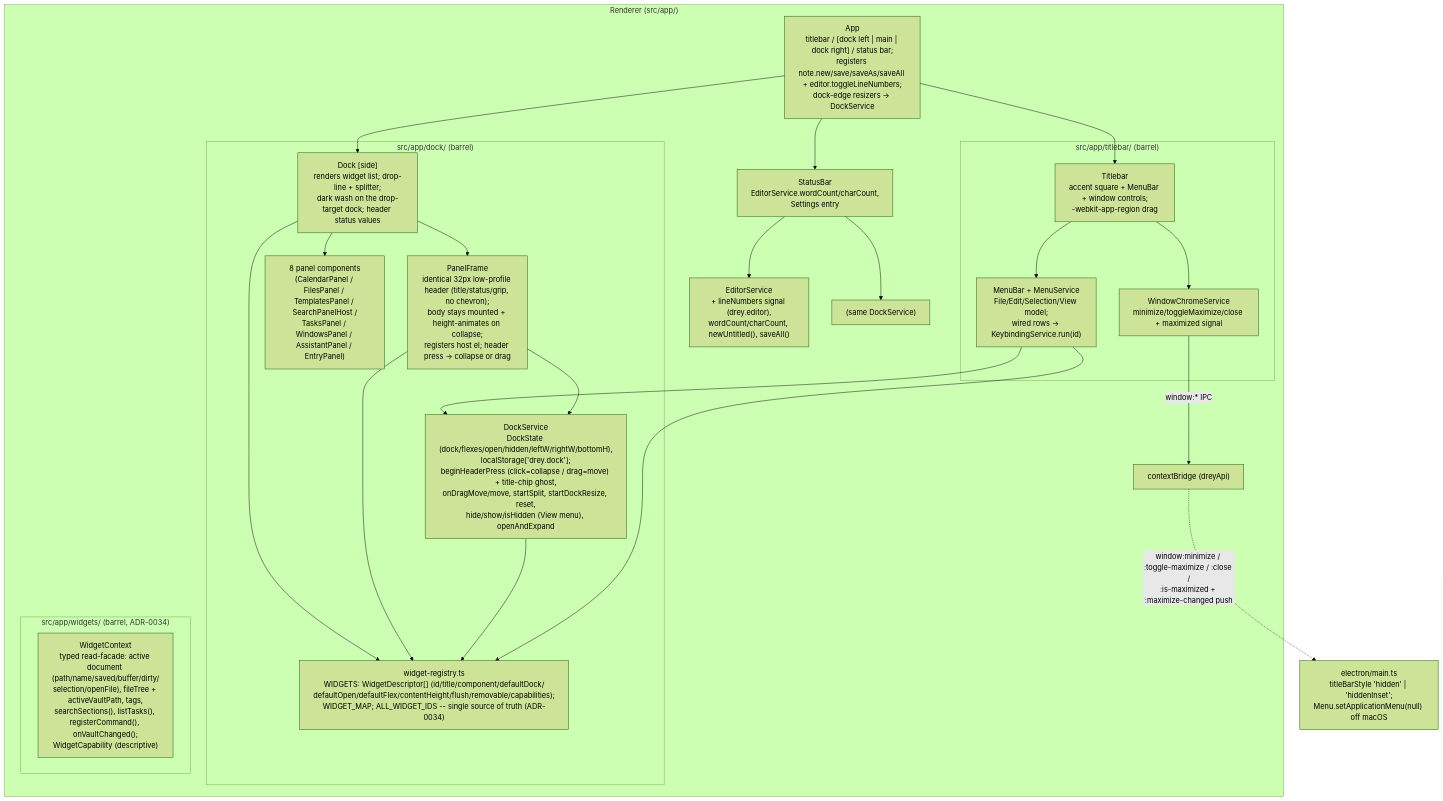
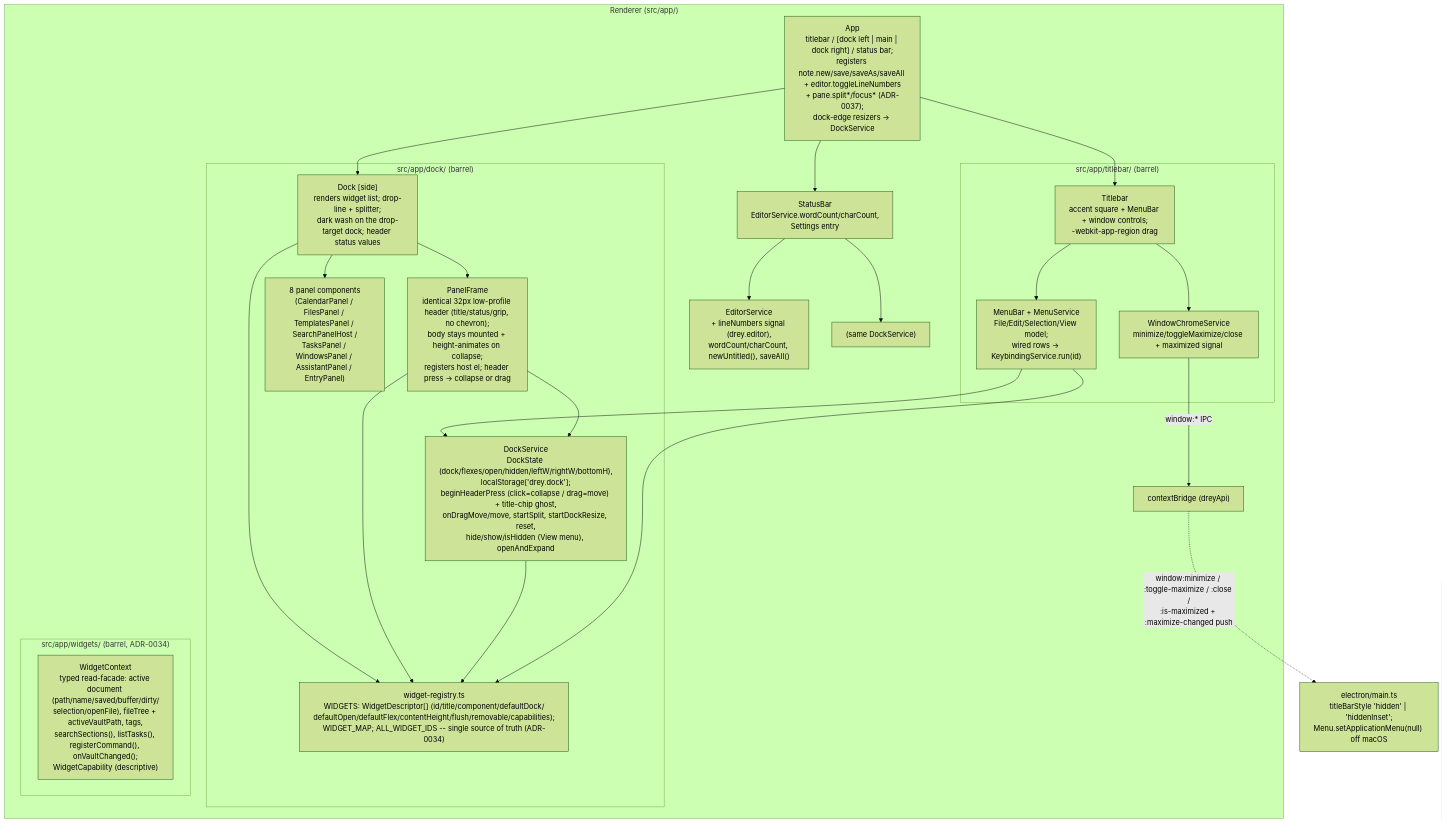
The third of 3 diagrams in docs/05_building_block_view.md (HenrikPuls/Drey), drawn with Mermaid (forest theme) before and after one commit. The commit also changed other lines of this file and 40 other files, not shown here.

First line of the commit message:
editor: split-view panes, code-file highlighting, gutter alignment, tasks sizing

````diff
--- a/docs/05_building_block_view.md
+++ b/docs/05_building_block_view.md
@@ -1326,42 +1369,42 @@
 ```mermaid
 graph TB
     subgraph Renderer["Renderer (src/app/)"]
-        App["App\ntitlebar / [dock left | main | dock right] / status bar;\nregisters note.new/save/saveAs/saveAll + editor.toggleLineNumbers;\ndock-edge resizers -> DockService"]
+        App["App\ntitlebar / [dock left | main | dock right] / status bar;\nregisters note.new/save/saveAs/saveAll + editor.toggleLineNumbers\n+ pane.split*/focus* (ADR-0037);\ndock-edge resizers -> DockService"]
         subgraph tb["src/app/titlebar/ (barrel)"]
             Titlebar["Titlebar\naccent square + MenuBar + window controls;\n-webkit-app-region drag"]
             MenuBar["MenuBar + MenuService\nFile/Edit/Selection/View model;\nwired rows -> KeybindingService.run(id)"]
             WindowChrome["WindowChromeService\nminimize/toggleMaximize/close + maximized signal"]
         end
         subgraph dk["src/app/dock/ (barrel)"]
             DockService["DockService\nDockState (dock/flexes/open/hidden/leftW/rightW/bottomH),\nlocalStorage['drey.dock'];\nbeginHeaderPress (click=collapse / drag=move) + title-chip ghost,\nonDragMove/move, startSplit, startDockResize, reset,\nhide/show/isHidden (View menu), openAndExpand"]
             Dock["Dock [side]\nrenders widget list; drop-line + splitter;\ndark wash on the drop-target dock; header status values"]
             PanelFrame["PanelFrame\nidentical 32px low-profile header (title/status/grip, no chevron);\nbody stays mounted + height-animates on collapse;\nregisters host el; header press -> collapse or drag"]
             WidgetRegistry["widget-registry.ts\nWIDGETS: WidgetDescriptor[] (id/title/component/defaultDock/\ndefaultOpen/defaultFlex/contentHeight/flush/removable/capabilities);\nWIDGET_MAP; ALL_WIDGET_IDS -- single source of truth (ADR-0034)"]
             Panels["8 panel components\n(CalendarPanel / FilesPanel / TemplatesPanel / SearchPanelHost /\nTasksPanel / WindowsPanel / AssistantPanel / EntryPanel)"]
         end
         subgraph wg["src/app/widgets/ (barrel, ADR-0034)"]
             WidgetContext["WidgetContext\ntyped read-facade: active document (path/name/saved/buffer/dirty/\nselection/openFile), fileTree + activeVaultPath, tags,\nsearchSections(), listTasks(), registerCommand(), onVaultChanged();\nWidgetCapability (descriptive)"]
         end
         StatusBar["StatusBar\nEditorService.wordCount/charCount,\nSettings entry"]
         EditorService2["EditorService\n+ lineNumbers signal (drey.editor),\nwordCount/charCount, newUntitled(), saveAll()"]
         DockService2["(same DockService)"]
         App --> Titlebar
         App --> Dock
         App --> StatusBar
         Titlebar --> MenuBar
         Titlebar --> WindowChrome
         MenuBar --> DockService
         Dock --> PanelFrame
         Dock --> Panels
         Dock --> WidgetRegistry
         PanelFrame --> WidgetRegistry
         DockService --> WidgetRegistry
         MenuBar --> WidgetRegistry
         PanelFrame --> DockService
         StatusBar --> DockService2
         StatusBar --> EditorService2
         WindowChrome -->|"window:* IPC"| Bridge3
     end
     Bridge3["contextBridge (dreyApi)"]
     Bridge3 -.->|"window:minimize / :toggle-maximize / :close /\n:is-maximized + :maximize-changed push"| MainProc["electron/main.ts\ntitleBarStyle 'hidden' | 'hiddenInset';\nMenu.setApplicationMenu(null) off macOS"]
 ```
````
